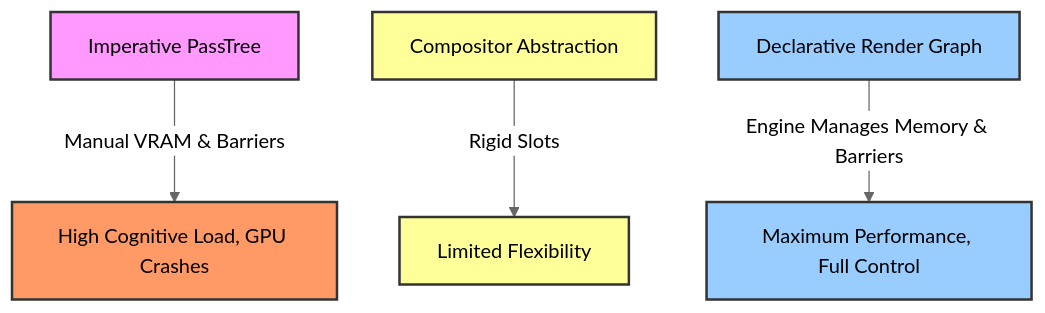
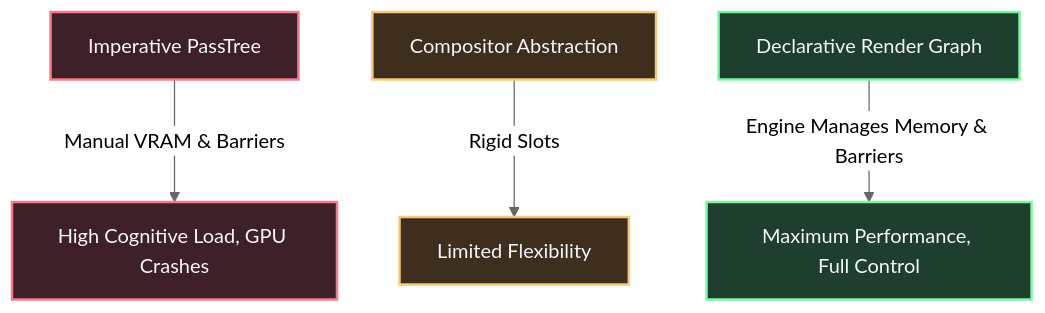
One commit to Astin-A/the-workshop changed the first of 4 diagrams in content/Engine shit/O3DE/Atomic/2 The Render Graph & Scripting Architecture.md. Above: the diagram before and after it, drawn with Mermaid (neutral theme). The commit also changed other lines of this file and 24 other files, not shown here.

````diff
--- a/content/Engine shit/O3DE/Atomic/2 The Render Graph & Scripting Architecture.md
+++ b/content/Engine shit/O3DE/Atomic/2 The Render Graph & Scripting Architecture.md
@@ -11,13 +11,14 @@
 ```mermaid
 graph TD
     A[Imperative PassTree] -->|Manual VRAM & Barriers| B[High Cognitive Load, GPU Crashes]
     C[Compositor Abstraction] -->|Rigid Slots| D[Limited Flexibility]
     E[Declarative Render Graph] -->|Engine Manages Memory & Barriers| F[Maximum Performance, Full Control]
 
-    style A fill:#f9f,stroke:#333,stroke-width:2px,color:#000
-    style B fill:#f96,stroke:#333,stroke-width:2px,color:#000
-    style C fill:#ff9,stroke:#333,stroke-width:2px,color:#000
-    style D fill:#ff9,stroke:#333,stroke-width:2px,color:#000
-    style E fill:#9cf,stroke:#333,stroke-width:2px,color:#000
-    style F fill:#9cf,stroke:#333,stroke-width:2px,color:#000
+    classDef danger fill:#3e2028,stroke:#f77a8a,stroke-width:2px,color:#f5f5fa;
+    classDef warning fill:#3e2e1e,stroke:#f7c87a,stroke-width:2px,color:#f5f5fa;
+    classDef success fill:#1e3f2e,stroke:#7af7a2,stroke-width:2px,color:#f5f5fa;
+
+    class A,B danger;
+    class C,D warning;
+    class E,F success;
 ```
````
